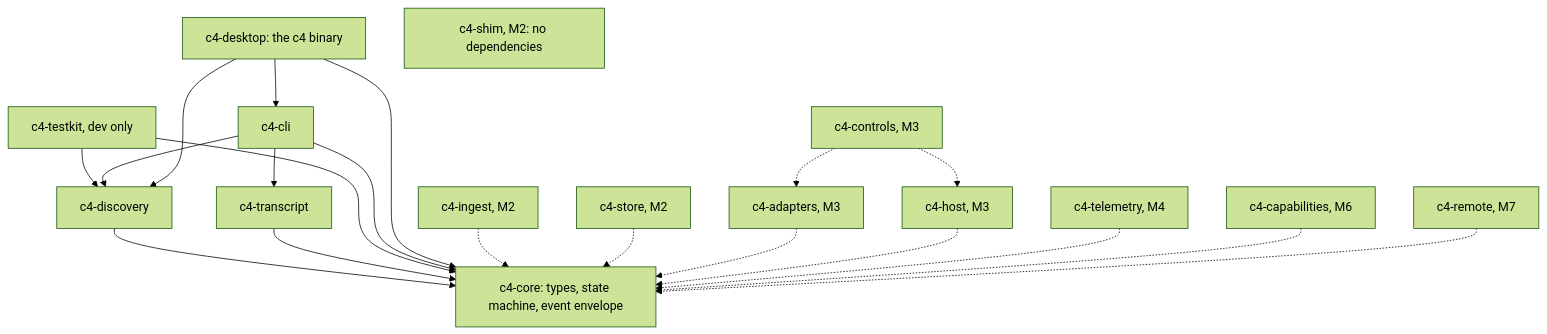
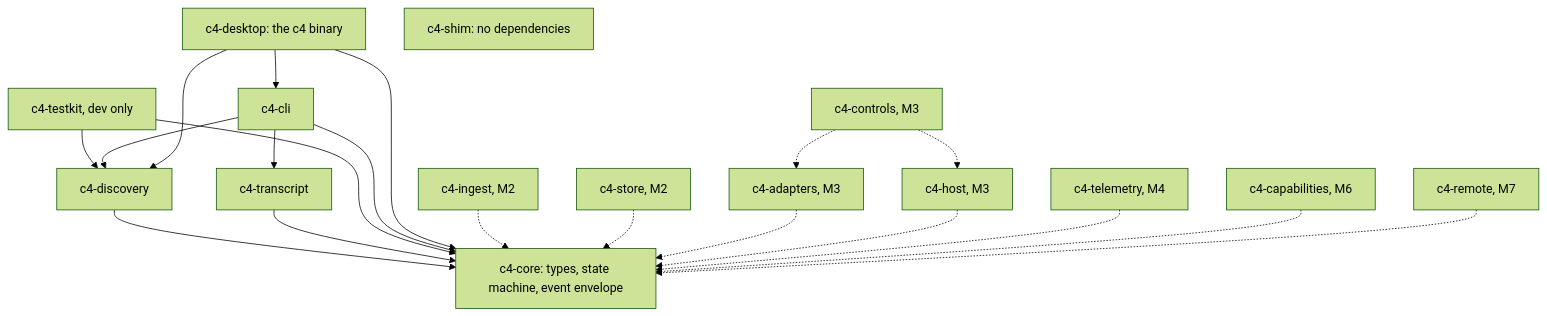
Before and after one commit to watchthelight/C4: the first of 4 diagrams in docs/ARCHITECTURE.md, drawn with Mermaid (forest theme). The commit also changed other lines of this file and 10 other files, not shown here.

````diff
--- a/docs/ARCHITECTURE.md
+++ b/docs/ARCHITECTURE.md
@@ -27,24 +27,24 @@
 ```mermaid
 graph TD
     core[c4-core: types, state machine, event envelope]
     discovery[c4-discovery] --> core
     transcript[c4-transcript] --> core
     testkit[c4-testkit, dev only] --> core
     testkit --> discovery
     cli[c4-cli] --> core
     cli --> discovery
     cli --> transcript
     desktop[c4-desktop: the c4 binary] --> cli
     desktop --> core
     desktop --> discovery
     ingest[c4-ingest, M2] -.-> core
     store[c4-store, M2] -.-> core
-    shim[c4-shim, M2: no dependencies]
+    shim[c4-shim: no dependencies]
     adapters[c4-adapters, M3] -.-> core
     host[c4-host, M3] -.-> core
     controls[c4-controls, M3] -.-> adapters
     controls -.-> host
     telemetry[c4-telemetry, M4] -.-> core
     capabilities[c4-capabilities, M6] -.-> core
     remote[c4-remote, M7] -.-> core
 ```
````
